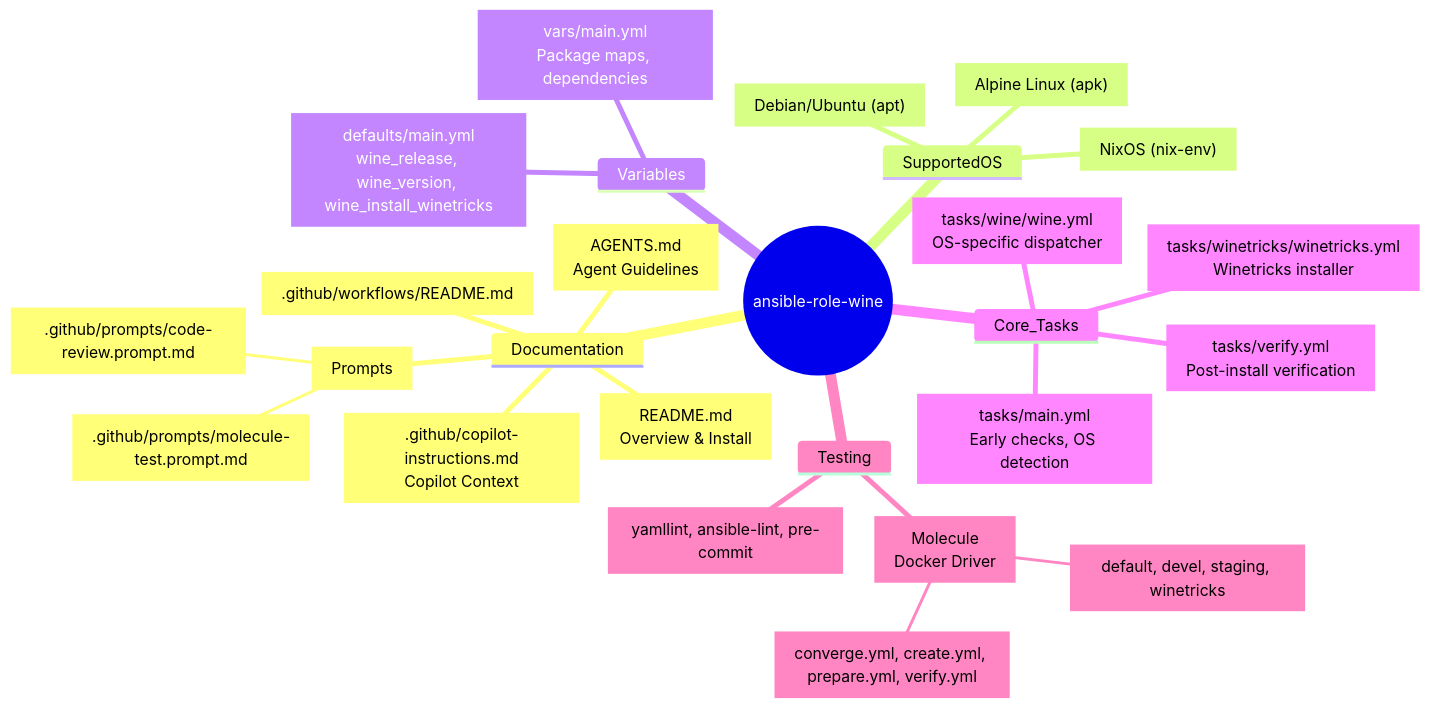
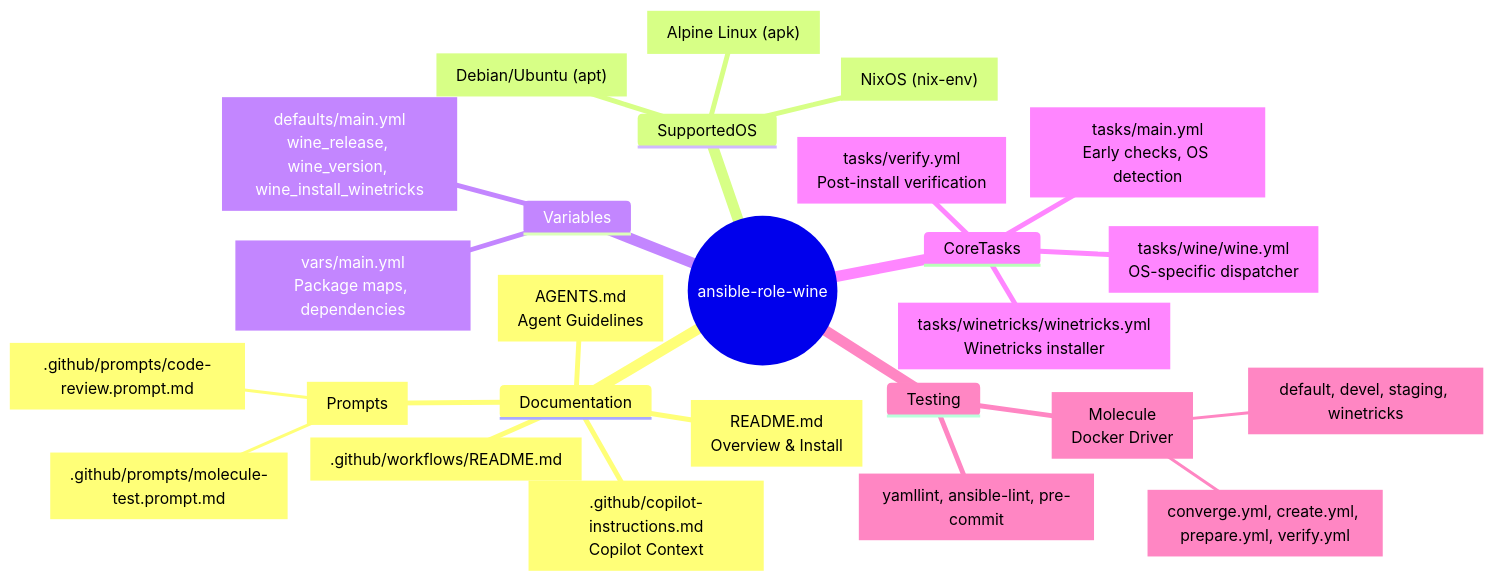
Before and after one commit to EA31337/ansible-role-wine: the diagram in FACTS.mmd, drawn with Mermaid. The commit also changed 4 other files, not shown here.

Commit message:
Update FACTS.mmd and FLOWS.mmd based on PR comments

```diff
--- a/FACTS.mmd
+++ b/FACTS.mmd
@@ -1,27 +1,27 @@
 mindmap
   root((ansible-role-wine))
     Documentation
       README["README.md<br/>Overview & Install"]
       AGENTS["AGENTS.md<br/>Agent Guidelines"]
       Copilot[".github/copilot-instructions.md<br/>Copilot Context"]
       Prompts["Prompts"]
         MoleculePrompt[".github/prompts/molecule-test.prompt.md"]
         CodeReviewPrompt[".github/prompts/code-review.prompt.md"]
       Workflows[".github/workflows/README.md"]
     SupportedOS
       Alpine["Alpine Linux (apk)"]
       Debian["Debian/Ubuntu (apt)"]
       NixOS["NixOS (nix-env)"]
     Variables
       Public["defaults/main.yml<br/>wine_release, wine_version, wine_install_winetricks"]
       Internal["vars/main.yml<br/>Package maps, dependencies"]
-    Core_Tasks
+    CoreTasks
       Main["tasks/main.yml<br/>Early checks, OS detection"]
       Wine["tasks/wine/wine.yml<br/>OS-specific dispatcher"]
       Winetricks["tasks/winetricks/winetricks.yml<br/>Winetricks installer"]
       Verify["tasks/verify.yml<br/>Post-install verification"]
     Testing
       Molecule["Molecule<br/>Docker Driver"]
         Scenarios["default, devel, staging, winetricks"]
         Playbooks["converge.yml, create.yml, prepare.yml, verify.yml"]
       Linters["yamllint, ansible-lint, pre-commit"]
```
